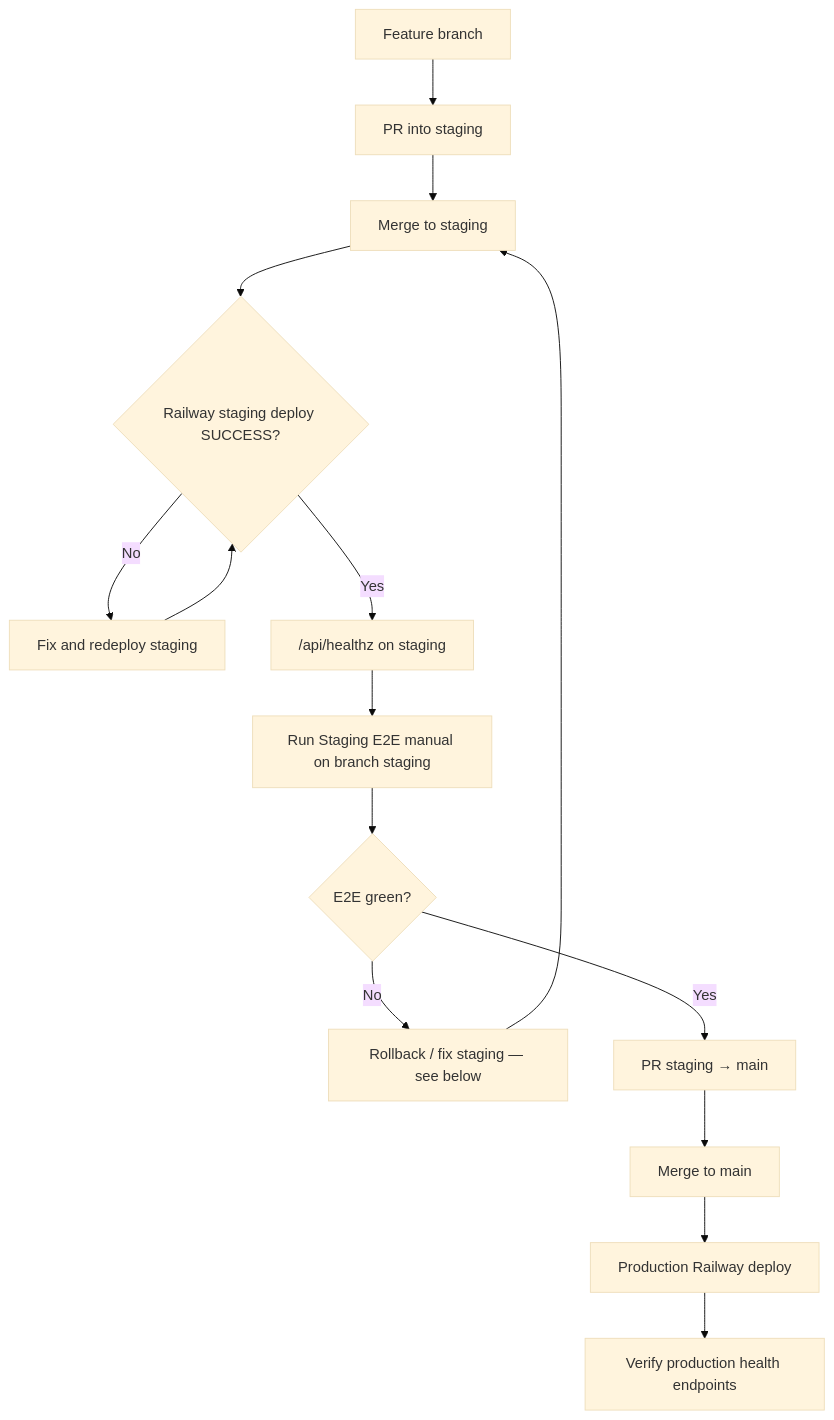
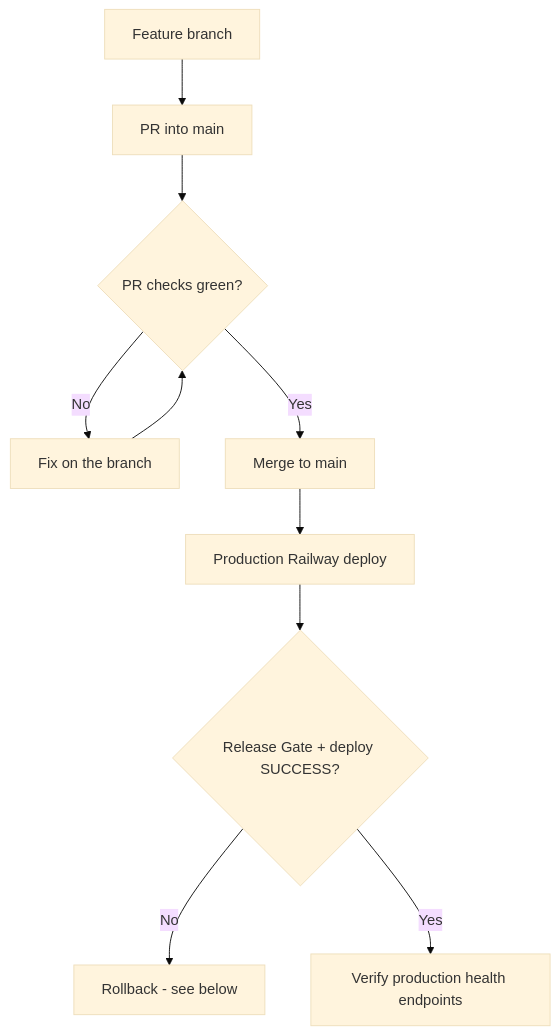
One commit to exposwifty31/vettrack changed the diagram in docs/release-runbook.md. Above: the diagram before and after it, drawn with Mermaid (base theme). The commit also changed other lines of this file and 26 other files, not shown here.

````diff
--- a/docs/release-runbook.md
+++ b/docs/release-runbook.md
@@ -41,17 +13,12 @@
 ```mermaid
 flowchart TD
-  A[Feature branch] --> B[PR into staging]
-  B --> C[Merge to staging]
-  C --> D{Railway staging deploy SUCCESS?}
-  D -->|No| E[Fix and redeploy staging]
-  E --> D
-  D -->|Yes| F["/api/healthz on staging"]
-  F --> G[Run Staging E2E manual on branch staging]
-  G --> H{E2E green?}
-  H -->|No| I[Rollback / fix staging — see below]
-  I --> C
-  H -->|Yes| J[PR staging → main]
-  J --> K[Merge to main]
-  K --> L[Production Railway deploy]
-  L --> M[Verify production health endpoints]
+  A[Feature branch] --> B[PR into main]
+  B --> C{PR checks green?}
+  C -->|No| D[Fix on the branch]
+  D --> C
+  C -->|Yes| E[Merge to main]
+  E --> F[Production Railway deploy]
+  F --> G{Release Gate + deploy SUCCESS?}
+  G -->|No| H[Rollback - see below]
+  G -->|Yes| I[Verify production health endpoints]
 ```
````
